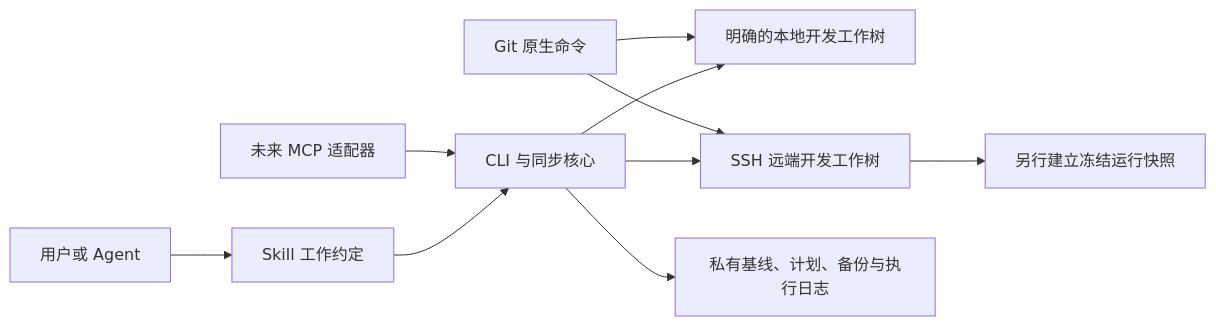
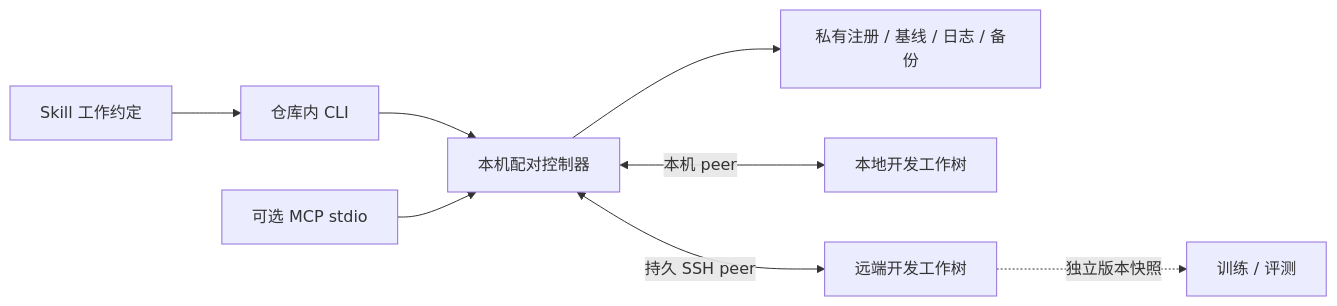
The diagram in docs/design.md (fingercd/duolo), drawn with Mermaid before and after one commit. The commit also changed other lines of this file and 38 other files, not shown here.

````diff
--- a/docs/design.md
+++ b/docs/design.md
@@ -15,12 +17,10 @@
 ```mermaid
 flowchart LR
-    U[用户或 Agent] --> S[Skill 工作约定]
-    S --> C[CLI 与同步核心]
-    M[未来 MCP 适配器] --> C
-    C --> L[明确的本地开发工作树]
-    C --> R[SSH 远端开发工作树]
-    C --> B[私有基线、计划、备份与执行日志]
-    G[Git 原生命令] --> L
-    G --> R
-    R --> F[另行建立冻结运行快照]
+    U[仓库内 CLI] --> C[本机配对控制器]
+    S[Skill 工作约定] --> U
+    M[可选 MCP stdio] --> C
+    C --> B[私有注册 / 基线 / 日志 / 备份]
+    C <-->|本机 peer| L[本地开发工作树]
+    C <-->|持久 SSH peer| R[远端开发工作树]
+    R -.独立版本快照.-> F[训练 / 评测]
 ```
````
